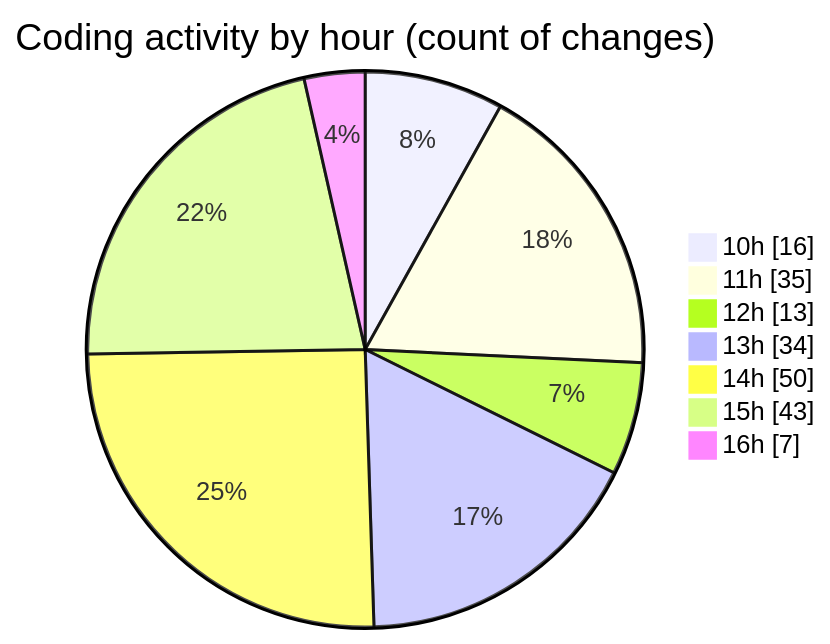
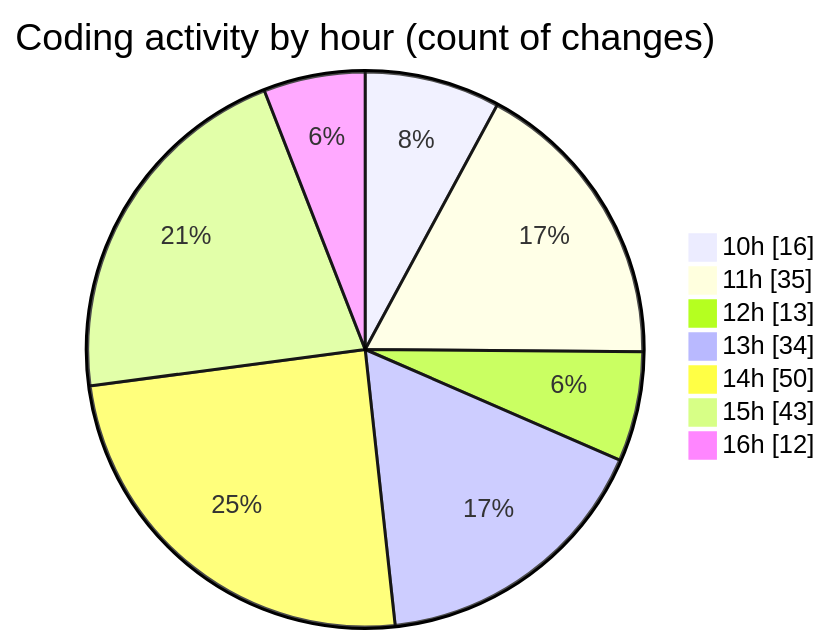
The second of 2 diagrams in 2025-02-20/micros/README.md (charlie-sans/code-tracking), drawn with Mermaid before and after one commit. The commit also changed other lines of this file and 1 other file, not shown here.

````diff
--- a/2025-02-20/micros/README.md
+++ b/2025-02-20/micros/README.md
@@ -61,11 +62,11 @@
 ```mermaid
 pie showData
 title Coding activity by hour (count of changes)
 "10h" : 16
 "11h" : 35
 "12h" : 13
 "13h" : 34
 "14h" : 50
 "15h" : 43
-"16h" : 7
+"16h" : 12
 ```
````
